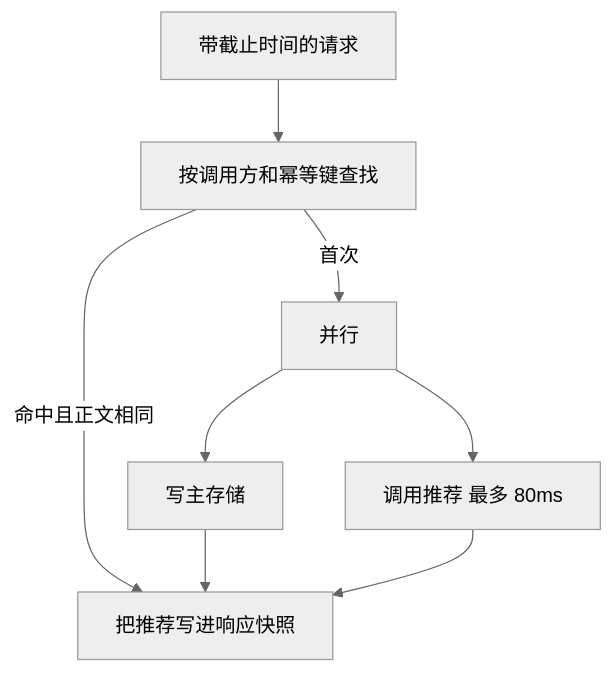
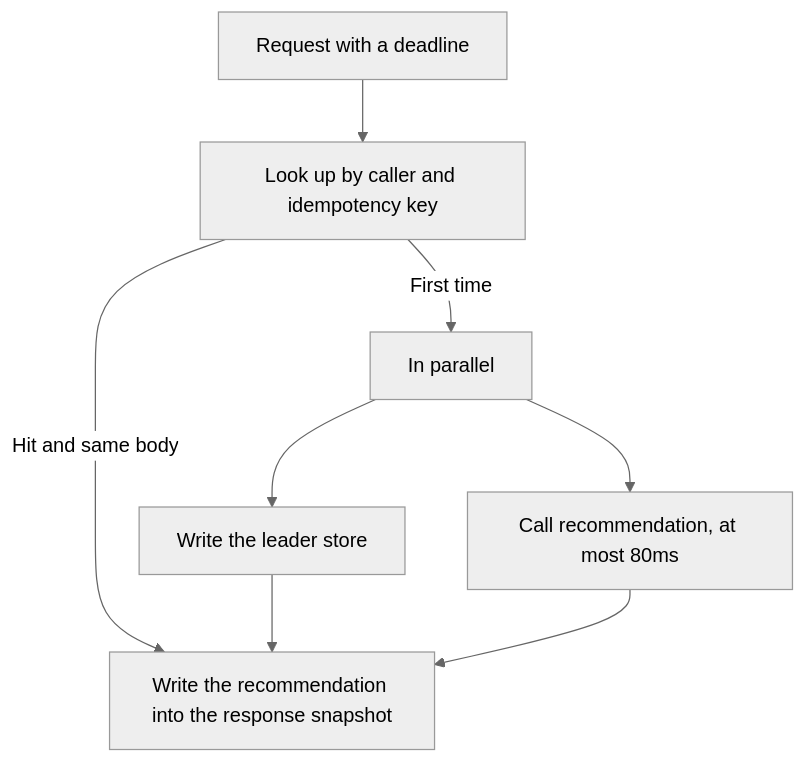
The second of 8 diagrams in docs/architecture.md (iamorangedad/OrangeDistributedSystem), drawn with Mermaid (neutral theme) before and after one commit. The commit also changed other lines of this file and 52 other files, not shown here.

````diff
--- a/docs/architecture.md
+++ b/docs/architecture.md
@@ -54,16 +54,16 @@
 ```mermaid
 flowchart TB
-  req[带截止时间的请求]
-  idem[按调用方和幂等键查找]
-  parallel[并行]
-  store[写主存储]
-  reco[调用推荐 最多 80ms]
-  snap[把推荐写进响应快照]
+  req[Request with a deadline]
+  idem[Look up by caller and idempotency key]
+  parallel[In parallel]
+  store[Write the leader store]
+  reco[Call recommendation, at most 80ms]
+  snap[Write the recommendation into the response snapshot]
   req --> idem
-  idem -->|首次| parallel
-  idem -->|命中且正文相同| snap
+  idem -->|First time| parallel
+  idem -->|Hit and same body| snap
   parallel --> store
   parallel --> reco
   store --> snap
   reco --> snap
 ```
````
